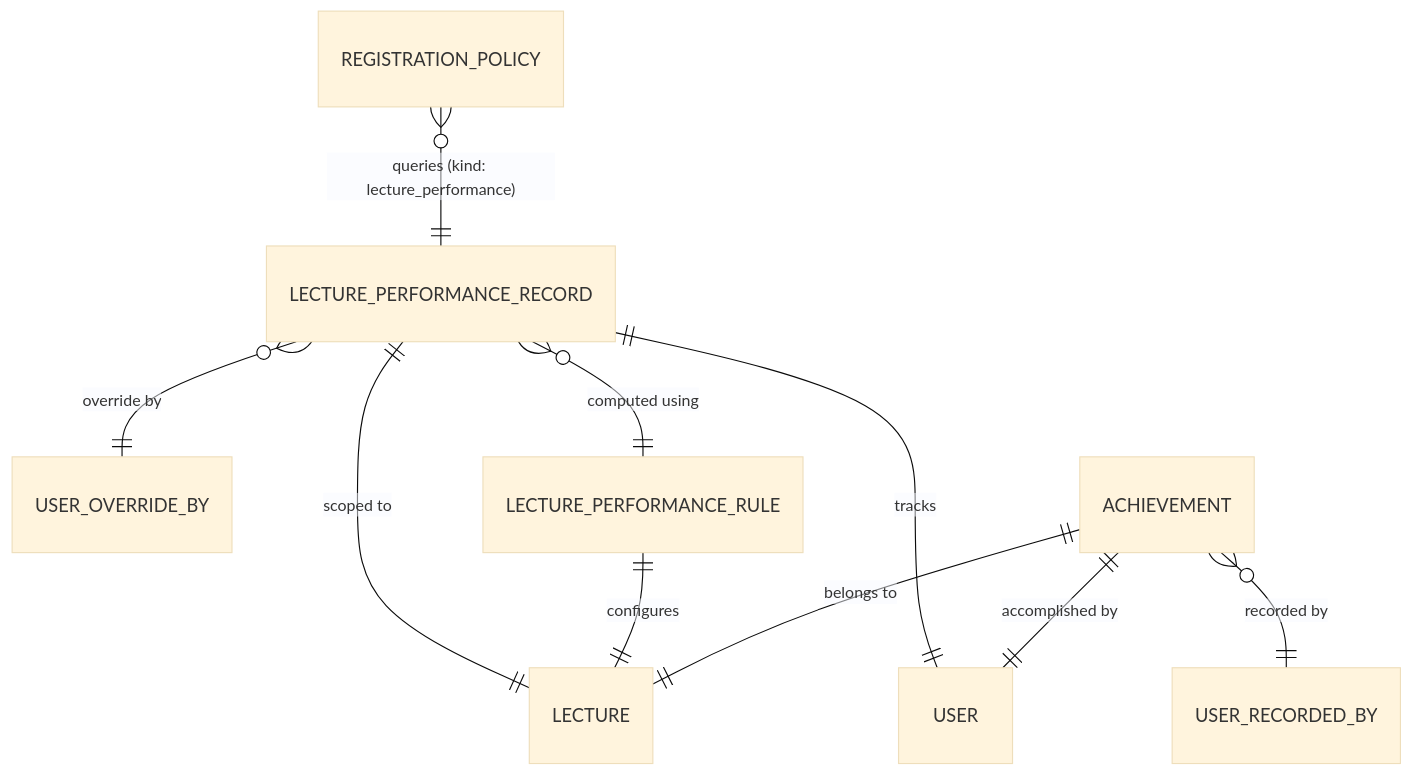
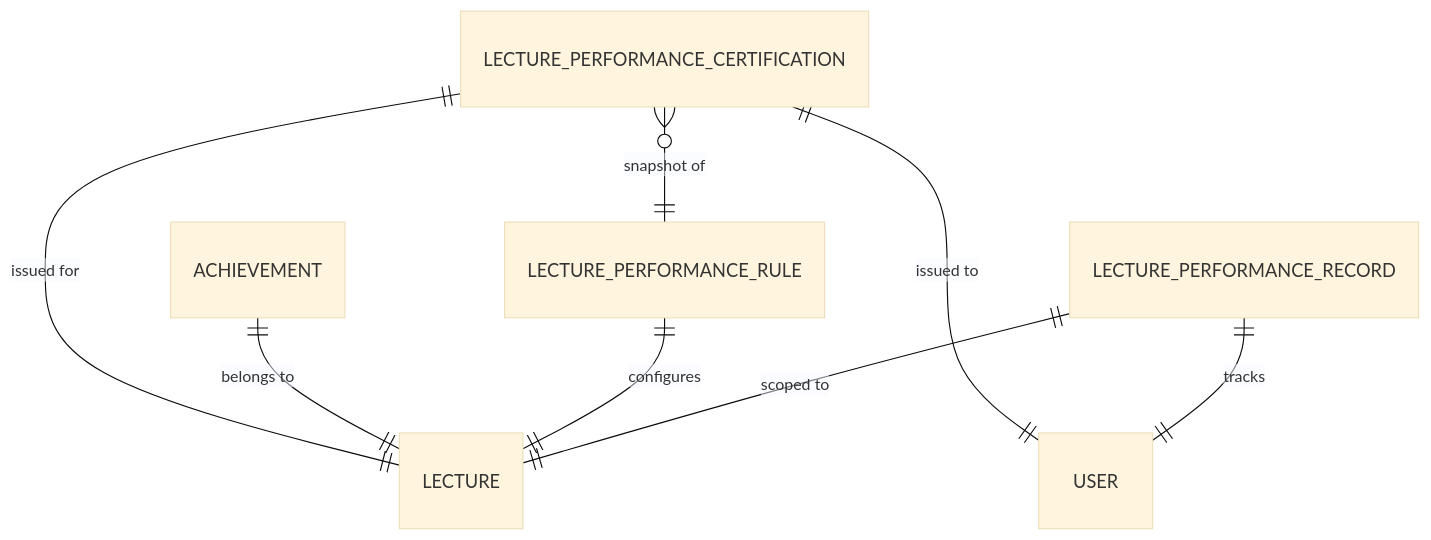
One commit to MaMpf-HD/mampf changed the second of 3 diagrams in architecture/src/features/05-lecture-performance.md. Above: the diagram before and after it, drawn with Mermaid (base theme). The commit also changed other lines of this file and 12 other files, not shown here.

````diff
--- a/architecture/src/features/05-lecture-performance.md
+++ b/architecture/src/features/05-lecture-performance.md
@@ -1025,12 +833,10 @@
 ```mermaid
 erDiagram
   LECTURE_PERFORMANCE_RECORD ||--|| LECTURE : "scoped to"
   LECTURE_PERFORMANCE_RECORD ||--|| USER : "tracks"
-  LECTURE_PERFORMANCE_RECORD }o--|| USER_OVERRIDE_BY : "override by"
   LECTURE_PERFORMANCE_RULE ||--|| LECTURE : "configures"
   ACHIEVEMENT ||--|| LECTURE : "belongs to"
-  ACHIEVEMENT ||--|| USER : "accomplished by"
-  ACHIEVEMENT }o--|| USER_RECORDED_BY : "recorded by"
-  REGISTRATION_POLICY }o--|| LECTURE_PERFORMANCE_RECORD : "queries (kind: lecture_performance)"
-  LECTURE_PERFORMANCE_RECORD }o--|| LECTURE_PERFORMANCE_RULE : "computed using"
+  LECTURE_PERFORMANCE_CERTIFICATION ||--|| LECTURE : "issued for"
+  LECTURE_PERFORMANCE_CERTIFICATION ||--|| USER : "issued to"
+  LECTURE_PERFORMANCE_CERTIFICATION }o--|| LECTURE_PERFORMANCE_RULE : "snapshot of"
 ```
````
